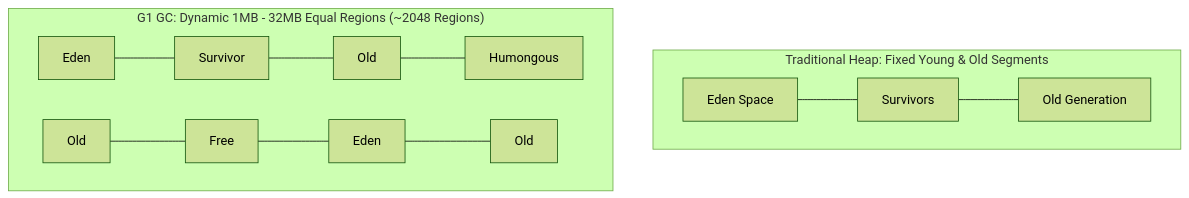
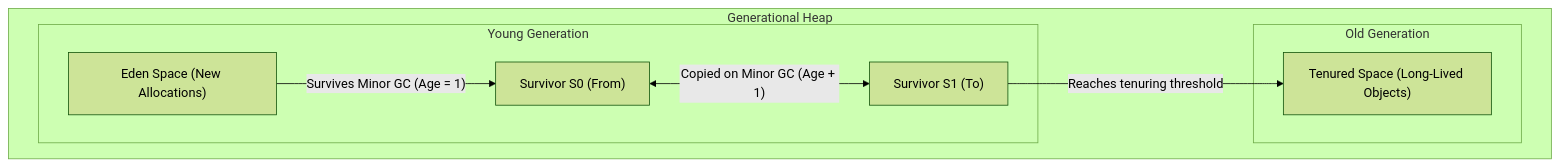
One commit to ravishankar2463/java_hub changed the second of 2 diagrams in content/roadmap/level-3/garbage-collection-basics.md. Above: the diagram before and after it, drawn with Mermaid (forest theme). The commit also changed other lines of this file and 119 other files, not shown here.

Commit message:
feat: add comprehensive java learning roadmap content across multiple levels

````diff
--- a/content/roadmap/level-3/garbage-collection-basics.md
+++ b/content/roadmap/level-3/garbage-collection-basics.md
@@ -164,11 +103,17 @@
 ```mermaid
 flowchart TD
-    subgraph TraditionalHeap ["Traditional Heap: Fixed Young & Old Segments"]
-        EdenOld["Eden Space"] --- SurvOld["Survivors"] --- TenuredOld["Old Generation"]
+    subgraph Heap ["Generational Heap"]
+        subgraph YoungGen ["Young Generation"]
+            Eden["Eden Space (New Allocations)"]
+            S0["Survivor S0 (From)"]
+            S1["Survivor S1 (To)"]
+        end
+        subgraph OldGen ["Old Generation"]
+            Tenured["Tenured Space (Long-Lived Objects)"]
+        end
     end
 
-    subgraph G1Heap ["G1 GC: Dynamic 1MB - 32MB Equal Regions (~2048 Regions)"]
-        R1["Eden"] --- R2["Survivor"] --- R3["Old"] --- R4["Humongous"]
-        R5["Old"] --- R6["Free"] --- R7["Eden"] --- R8["Old"]
-    end
+    Eden -->|"Survives Minor GC (Age = 1)"| S0
+    S0 <-->|"Copied on Minor GC (Age + 1)"| S1
+    S1 -->|"Reaches tenuring threshold"| Tenured
 ```
````
